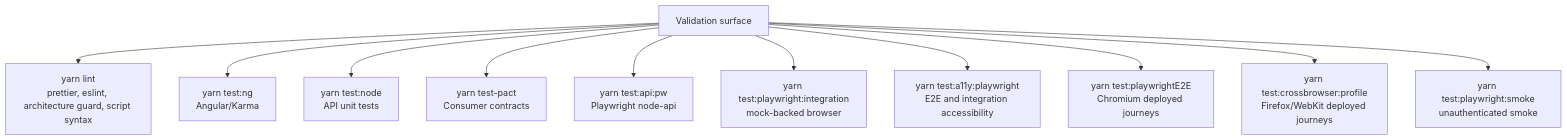
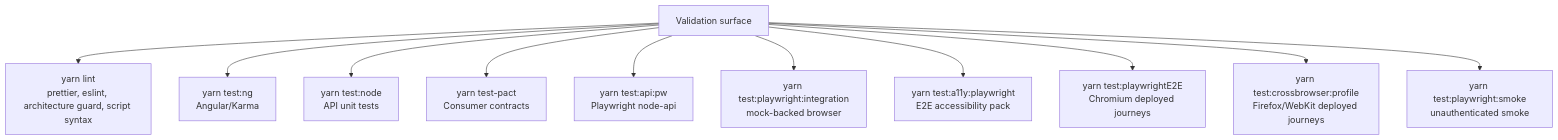
The fourth of 8 diagrams in README.md (hmcts/rpx-xui-manage-organisations), drawn with Mermaid before and after one commit. The commit also changed other lines of this file and 3 other files, not shown here.

````diff
--- a/README.md
+++ b/README.md
@@ -151,25 +151,25 @@
 ```mermaid
 flowchart TB
   Tests["Validation surface"]
   Lint["yarn lint\nprettier, eslint, architecture guard, script syntax"]
   Ng["yarn test:ng\nAngular/Karma"]
   Node["yarn test:node\nAPI unit tests"]
   Pact["yarn test-pact\nConsumer contracts"]
   PwApi["yarn test:api:pw\nPlaywright node-api"]
   PwIntegration["yarn test:playwright:integration\nmock-backed browser"]
-  PwA11y["yarn test:a11y:playwright\nE2E and integration accessibility"]
+  PwA11y["yarn test:a11y:playwright\nE2E accessibility pack"]
   PwE2E["yarn test:playwrightE2E\nChromium deployed journeys"]
   PwCross["yarn test:crossbrowser:profile\nFirefox/WebKit deployed journeys"]
   Smoke["yarn test:playwright:smoke\nunauthenticated smoke"]
 
   Tests --> Lint
   Tests --> Ng
   Tests --> Node
   Tests --> Pact
   Tests --> PwApi
   Tests --> PwIntegration
   Tests --> PwA11y
   Tests --> PwE2E
   Tests --> PwCross
   Tests --> Smoke
 ```
````
